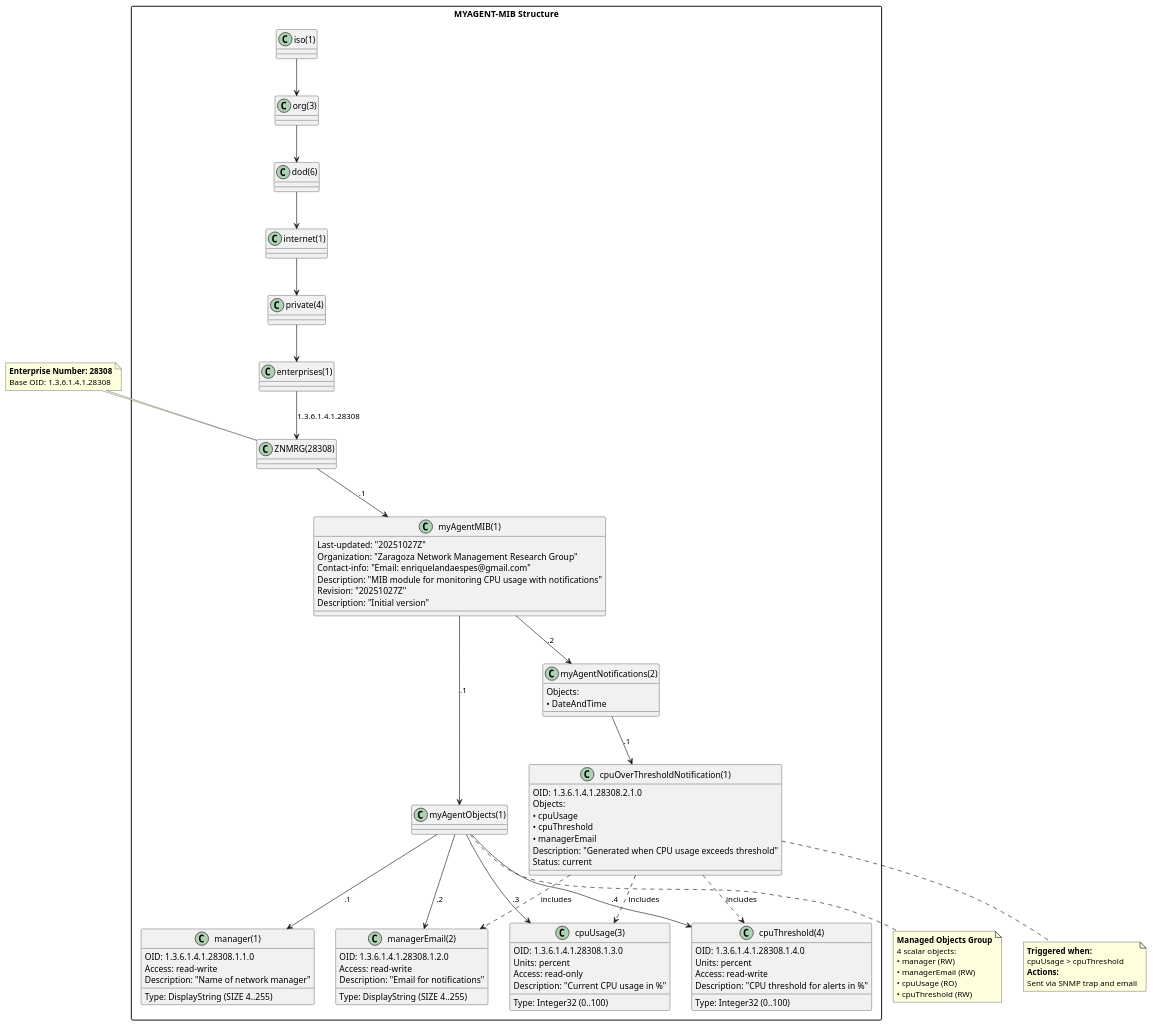
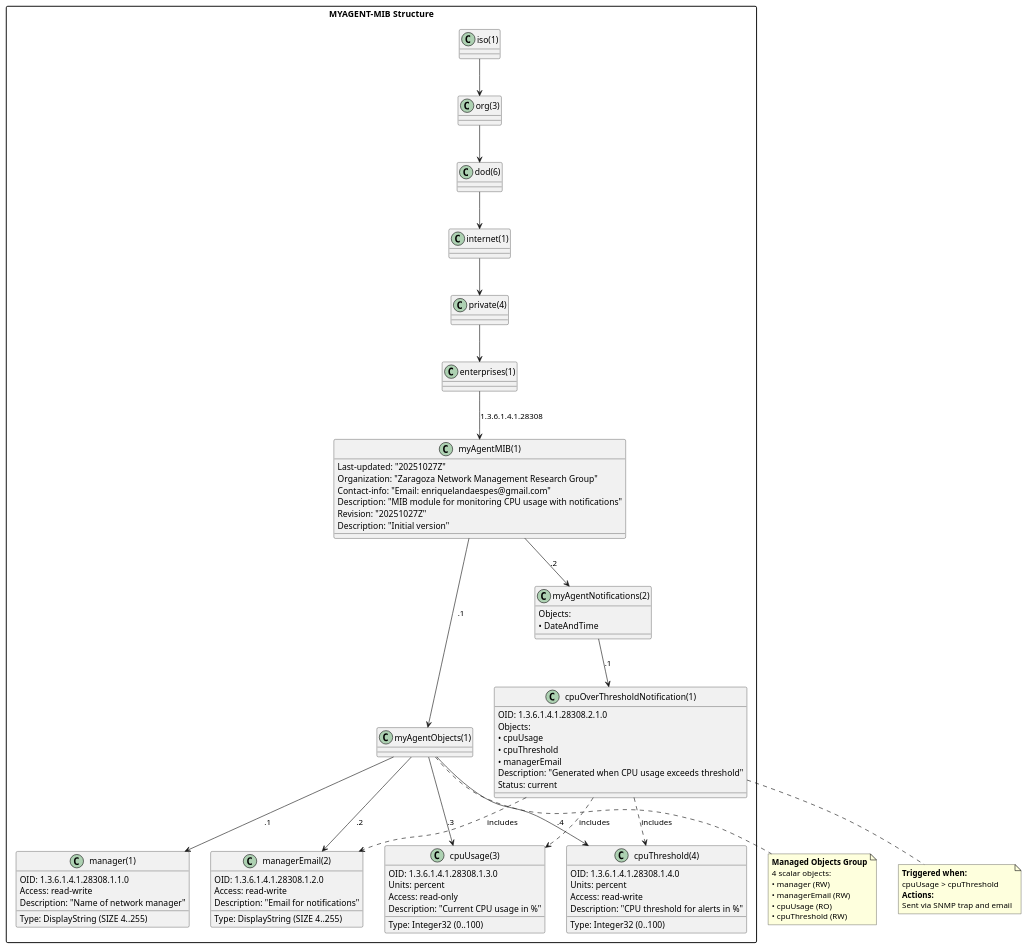
One commit to enriquelandaespes/mini_SNMP_agent_with_notifications changed the diagram in mib_uml.wsd. Above: the diagram before and after it, drawn with PlantUML. The commit also changed 4 other files, not shown here.

```diff
--- a/mib_uml.wsd
+++ b/mib_uml.wsd
@@ -1,118 +1,111 @@
 @startuml MIB_UML
 skinparam packageStyle rectangle
 skinparam classAttributeIconSize 0
 
 package "MYAGENT-MIB Structure" {
 
   class "iso(1)" as iso
   class "org(3)" as org
   class "dod(6)" as dod
   class "internet(1)" as internet
   class "private(4)" as private
   class "enterprises(1)" as enterprises
-  class "ZNMRG(28308)" as enterprise28308
   class "myAgentMIB(1)" as myAgentMIB{
     Last-updated: "20251027Z"
     Organization: "Zaragoza Network Management Research Group"
     Contact-info: "Email: enriquelandaespes@gmail.com"
     Description: "MIB module for monitoring CPU usage with notifications"
     Revision: "20251027Z"
     Description: "Initial version"
   }
 
   ' Subtrees
   class "myAgentObjects(1)" as myAgentObjects
   class "myAgentNotifications(2)" as myAgentNotifications{
     Objects: 
     • DateAndTime
   }
 
   ' Managed Objects
   class "manager(1)" as manager {
     OID: 1.3.6.1.4.1.28308.1.1.0
     Type: DisplayString (SIZE 4..255)
     Access: read-write
     Description: "Name of network manager"
   }
 
   class "managerEmail(2)" as managerEmail {
     OID: 1.3.6.1.4.1.28308.1.2.0
     Type: DisplayString (SIZE 4..255)
     Access: read-write
     Description: "Email for notifications"
   }
 
   class "cpuUsage(3)" as cpuUsage {
     OID: 1.3.6.1.4.1.28308.1.3.0
     Type: Integer32 (0..100)
     Units: percent
     Access: read-only
     Description: "Current CPU usage in %"
   }
 
   class "cpuThreshold(4)" as cpuThreshold {
     OID: 1.3.6.1.4.1.28308.1.4.0
     Type: Integer32 (0..100)
     Units: percent
     Access: read-write
     Description: "CPU threshold for alerts in %"
   }
 
   ' Notification
   class "cpuOverThresholdNotification(1)" as cpuOverThresholdNotification {
     OID: 1.3.6.1.4.1.28308.2.1.0
     Objects:
     • cpuUsage
     • cpuThreshold
     • managerEmail
     Description: "Generated when CPU usage exceeds threshold"
     Status: current
   }
 
   ' Hierarchy relationships
   iso --> org
   org --> dod
   dod --> internet
   internet --> private
   private --> enterprises
-  enterprises --> enterprise28308 : "1.3.6.1.4.1.28308"
-  enterprise28308 --> myAgentMIB : ".1"
+  enterprises --> myAgentMIB : "1.3.6.1.4.1.28308"
 
   myAgentMIB --> myAgentObjects : ".1"
   myAgentMIB --> myAgentNotifications : ".2"
 
   myAgentObjects --> manager : ".1"
   myAgentObjects --> managerEmail : ".2"
   myAgentObjects --> cpuUsage : ".3"
   myAgentObjects --> cpuThreshold : ".4"
 
   myAgentNotifications --> cpuOverThresholdNotification : ".1"
 
   cpuOverThresholdNotification ..> cpuUsage : includes
   cpuOverThresholdNotification ..> cpuThreshold : includes
   cpuOverThresholdNotification ..> managerEmail : includes
 
 }
-
-note top of enterprise28308
-  **Enterprise Number: 28308**
-  Base OID: 1.3.6.1.4.1.28308
-end note
 
 note bottom of myAgentObjects
   **Managed Objects Group**
   4 scalar objects:
   • manager (RW)
   • managerEmail (RW)
   • cpuUsage (RO)
   • cpuThreshold (RW)
 end note
 
 note bottom of cpuOverThresholdNotification
   **Triggered when:**
   cpuUsage > cpuThreshold
   **Actions:**
   Sent via SNMP trap and email
 end note
 
 @enduml
```
